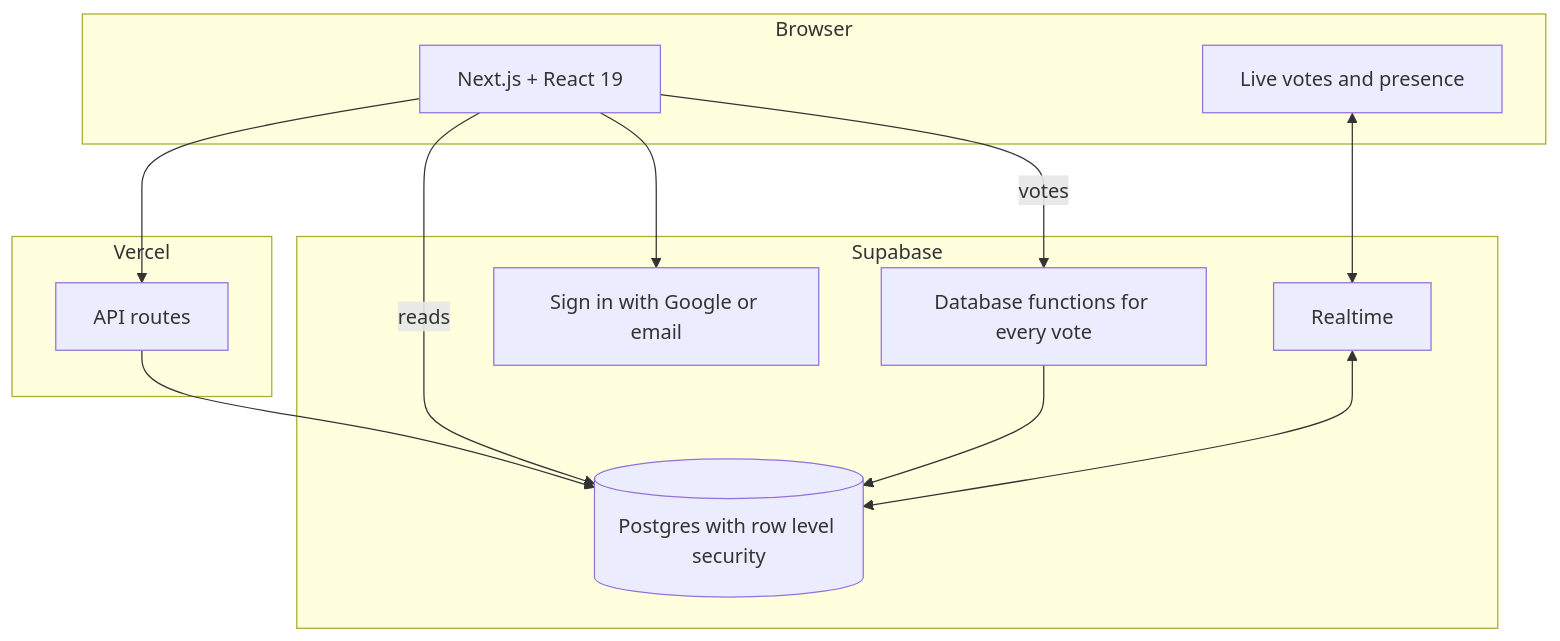
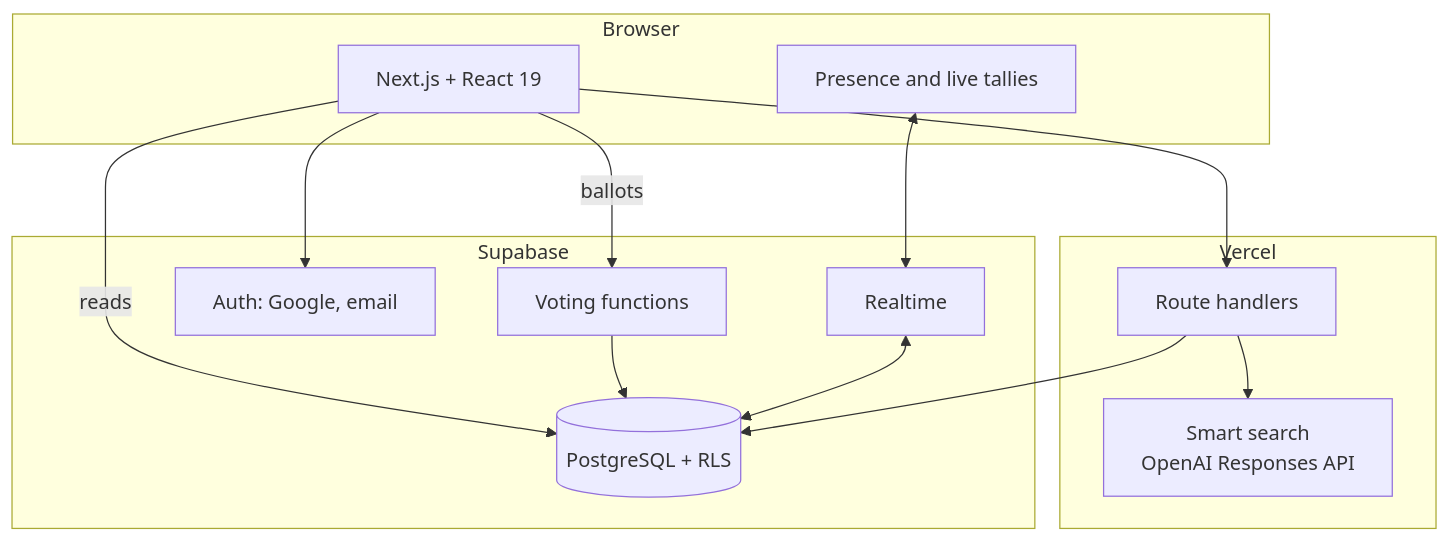
One commit to aryansajiv19/plan-ind changed the diagram in README.md. Above: the diagram before and after it, drawn with Mermaid. The commit also changed other lines of this file, not shown here.

````diff
--- a/README.md
+++ b/README.md
@@ -80,21 +63,23 @@
 ```mermaid
 flowchart TB
     subgraph Browser
         UI[Next.js + React 19]
-        LIVE[Live votes and presence]
+        LIVE[Presence and live tallies]
     end
     subgraph Vercel
-        API[API routes]
+        API[Route handlers]
+        AI[Smart search<br/>OpenAI Responses API]
     end
     subgraph Supabase
-        DB[(Postgres with row level security)]
-        FN[Database functions for every vote]
-        AUTH[Sign in with Google or email]
+        DB[(PostgreSQL + RLS)]
+        FN[Voting functions]
+        AUTH[Auth: Google, email]
         RT[Realtime]
     end
     UI --> API --> DB
+    API --> AI
     UI -- reads --> DB
-    UI -- votes --> FN --> DB
+    UI -- ballots --> FN --> DB
     LIVE <--> RT <--> DB
     UI --> AUTH
 ```
````
